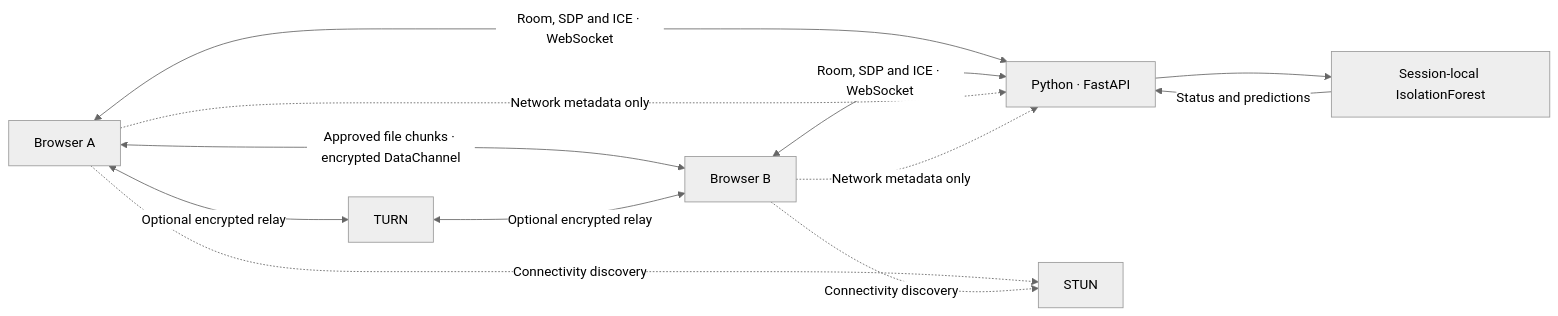
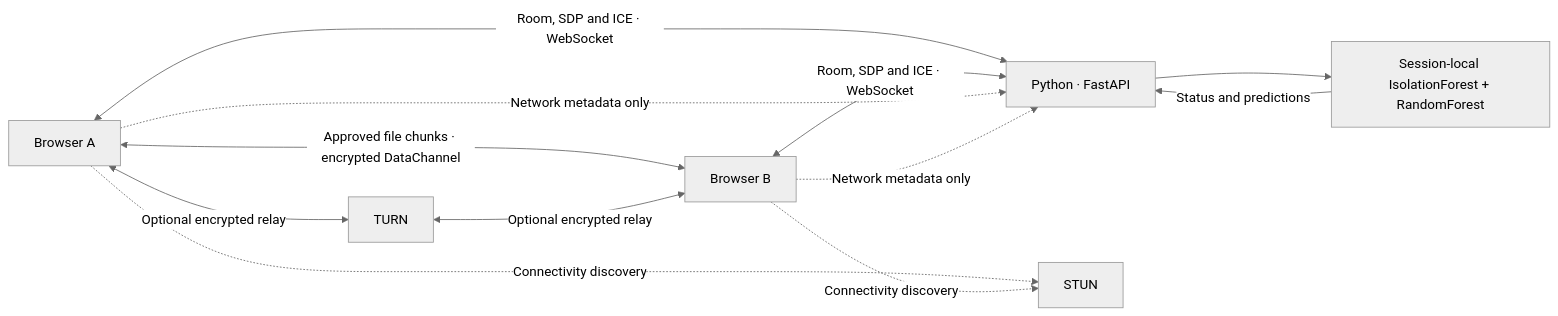
Before and after one commit to kasim672/LanFlux: the diagram in README.md, drawn with Mermaid (neutral theme). The commit also changed other lines of this file and 25 other files, not shown here.

````diff
--- a/README.md
+++ b/README.md
@@ -53,14 +53,14 @@
 ```mermaid
 flowchart LR
     A[Browser A] <-->|Room, SDP and ICE · WebSocket| S[Python · FastAPI]
     B[Browser B] <-->|Room, SDP and ICE · WebSocket| S
     A <-->|Approved file chunks · encrypted DataChannel| B
     A -.->|Network metadata only| S
     B -.->|Network metadata only| S
-    S --> ML[Session-local IsolationForest]
+    S --> ML[Session-local IsolationForest + RandomForest]
     ML -->|Status and predictions| S
     A -.->|Connectivity discovery| STUN[STUN]
     B -.->|Connectivity discovery| STUN
     A <-->|Optional encrypted relay| TURN[TURN]
     TURN <-->|Optional encrypted relay| B
 ```
````
